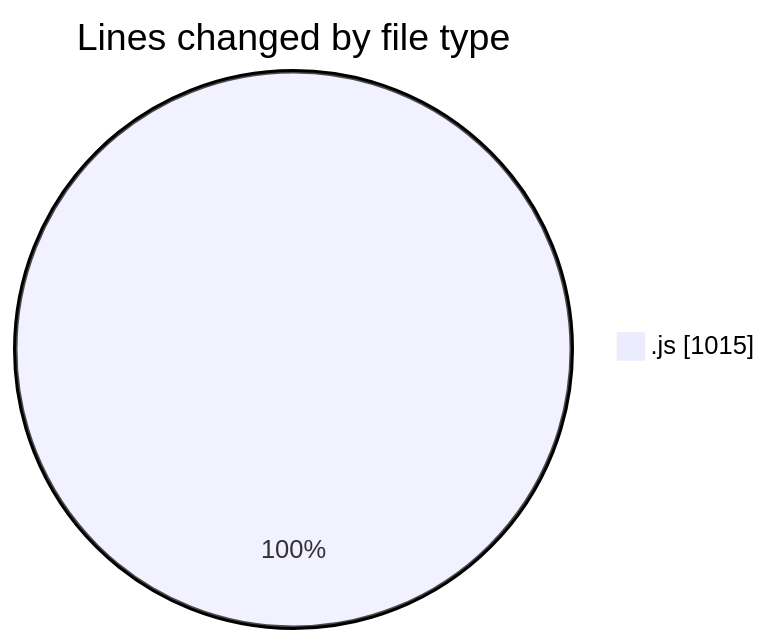
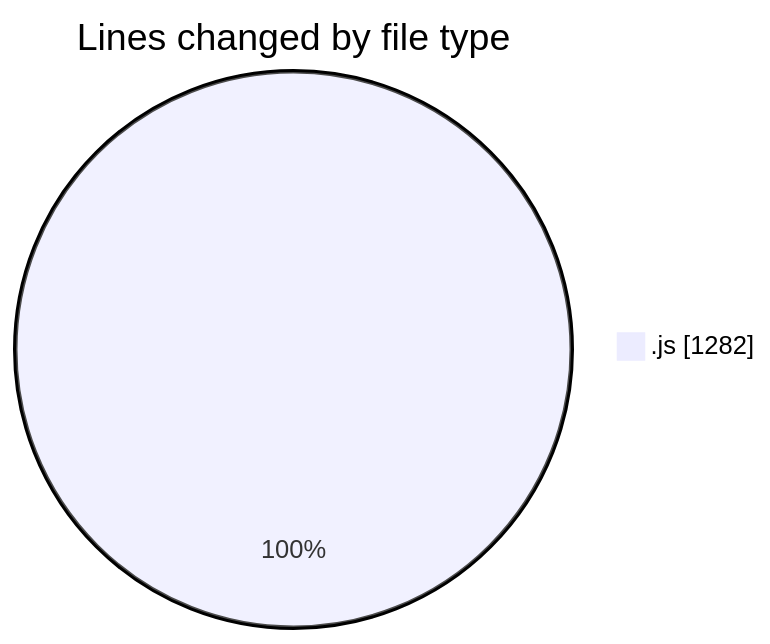
The first of 2 diagrams in 2025-05-30/nxtqube_webapp/README.md (nxtqubesakshisongat/code-tracking), drawn with Mermaid before and after one commit. The commit also changed other lines of this file and 1 other file, not shown here.

````diff
--- a/2025-05-30/nxtqube_webapp/README.md
+++ b/2025-05-30/nxtqube_webapp/README.md
@@ -24,5 +24,5 @@
 ```mermaid
 pie showData
 title Lines changed by file type
-".js" : 1015
+".js" : 1282
 ```
````
